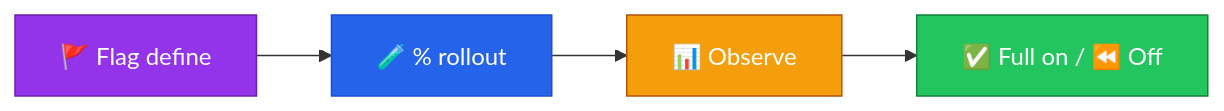
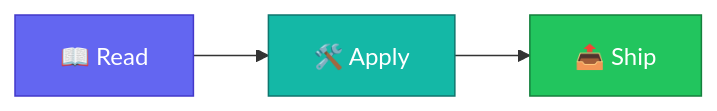
One commit to manansbdb/feature-flags-guide changed the diagram in README.md. Above: the diagram before and after it, drawn with Mermaid. The commit also changed other lines of this file and 1 other file, not shown here.

Commit message:
docs: polish README (banner, badges, mermaid, EN+PT)

````diff
--- a/README.md
+++ b/README.md
@@ -28,10 +27,8 @@
 ```mermaid
 flowchart LR
-  A["🚩 Flag define"] --> B["🧪 % rollout"]
-  B --> C["📊 Observe"]
-  C --> D["✅ Full on / ⏪ Off"]
-  style A fill:#9333ea,stroke:#6b21a8,color:#fff
-  style B fill:#2563eb,stroke:#1d4ed8,color:#fff
-  style C fill:#f59e0b,stroke:#b45309,color:#fff
-  style D fill:#22c55e,stroke:#15803d,color:#fff
+  A["📖 Read"] --> B["🛠️ Apply"]
+  B --> C["📤 Ship"]
+  style A fill:#6366f1,stroke:#4338ca,color:#fff
+  style B fill:#14b8a6,stroke:#0f766e,color:#fff
+  style C fill:#22c55e,stroke:#15803d,color:#fff
 ```
````
